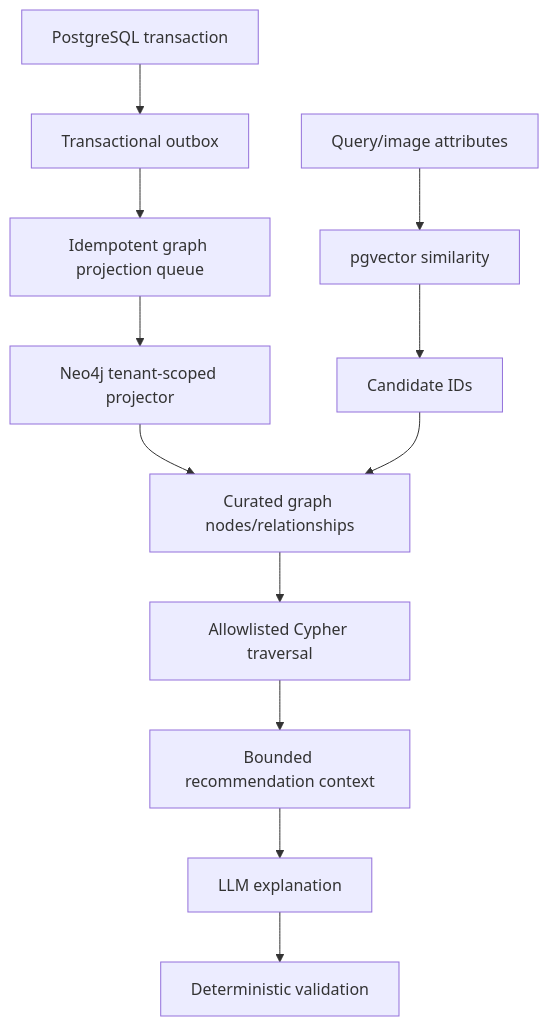
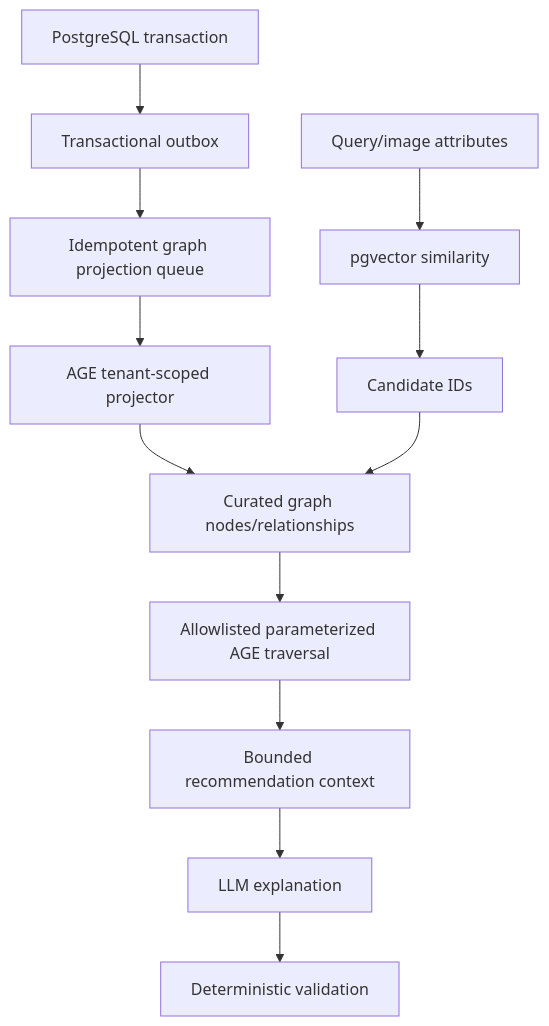
Before and after one commit to migangdelzar/emme-service: the seventh of 8 diagrams in docs/superpowers/specs/2026-08-28-ai-platform-consistency-and-graph-rag-design.md, drawn with Mermaid. The commit also changed other lines of this file, not shown here.

Commit message:
docs(ai): select Apache AGE graph design

````diff
--- a/docs/superpowers/specs/2026-08-28-ai-platform-consistency-and-graph-rag-design.md
+++ b/docs/superpowers/specs/2026-08-28-ai-platform-consistency-and-graph-rag-design.md
@@ -518,15 +535,15 @@
 ```mermaid
 flowchart TD
     PG[PostgreSQL transaction] --> O[Transactional outbox]
     O --> Q[Idempotent graph projection queue]
-    Q --> X[Neo4j tenant-scoped projector]
+    Q --> X[AGE tenant-scoped projector]
     X --> G[Curated graph nodes/relationships]
 
     R[Query/image attributes] --> V[pgvector similarity]
     V --> I[Candidate IDs]
     I --> G
-    G --> C[Allowlisted Cypher traversal]
+    G --> C[Allowlisted parameterized AGE traversal]
     C --> CTX[Bounded recommendation context]
     CTX --> L[LLM explanation]
     L --> D[Deterministic validation]
 ```
````
